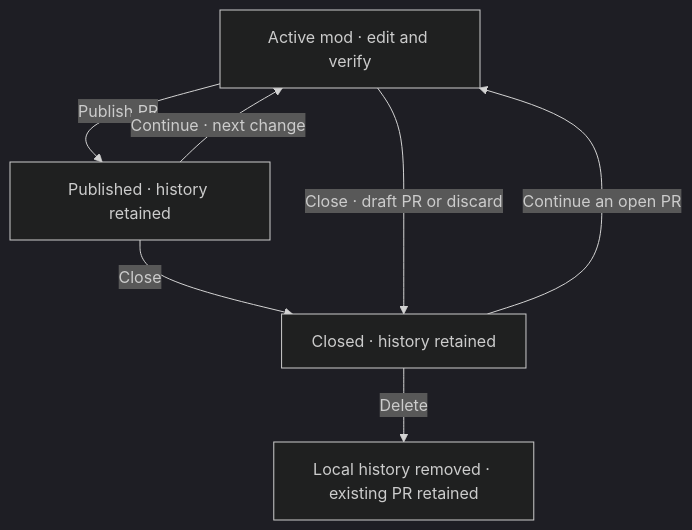
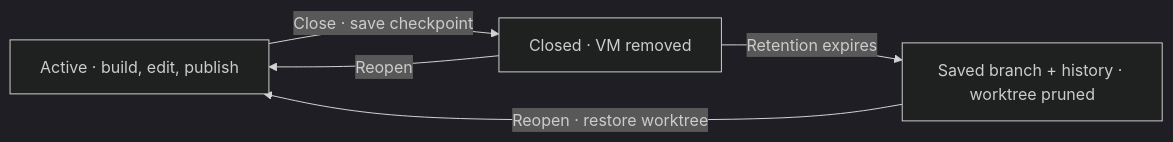
One commit to minimumeffort-dev/sprowt.harness changed the second of 2 diagrams in docs/git-workflow.md. Above: the diagram before and after it, drawn with Mermaid (dark theme). The commit also changed other lines of this file and 18 other files, not shown here.

````diff
--- a/docs/git-workflow.md
+++ b/docs/git-workflow.md
@@ -65,9 +60,7 @@
 ```mermaid
-flowchart TB
-    work["Active mod · edit and verify"] -->|"Publish PR"| published["Published · history retained"]
-    published -->|"Continue · next change"| work
-    published -->|"Close"| closed["Closed · history retained"]
-    work -->|"Close · draft PR or discard"| closed
-    closed -->|"Continue an open PR"| work
-    closed -->|"Delete"| deleted["Local history removed · existing PR retained"]
+flowchart LR
+    active["Active · build, edit, publish"] -->|"Close · save checkpoint"| closed["Closed · VM removed"]
+    closed -->|"Reopen"| active
+    closed -->|"Retention expires"| saved["Saved branch + history · worktree pruned"]
+    saved -->|"Reopen · restore worktree"| active
 ```
````
